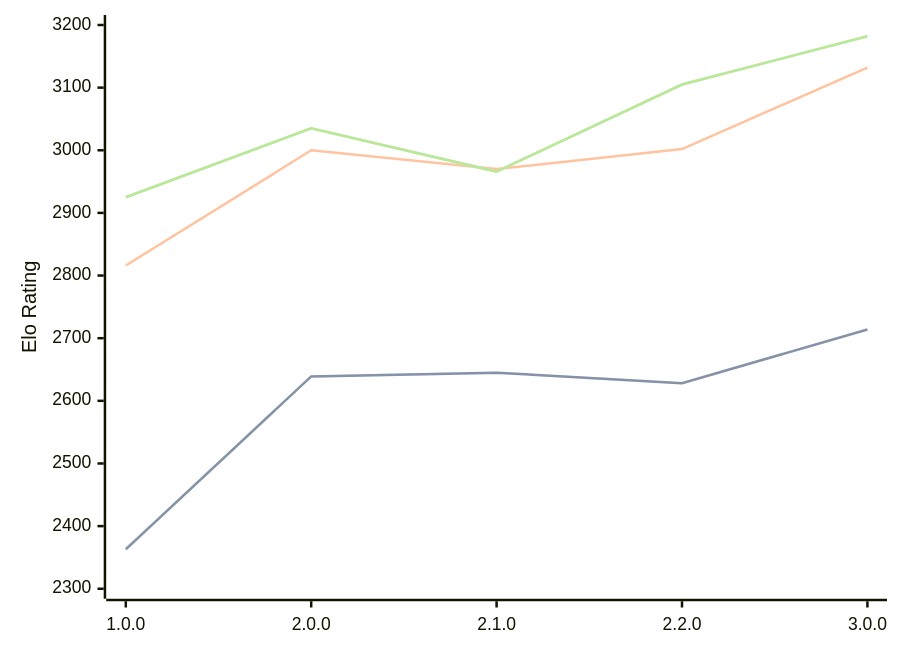
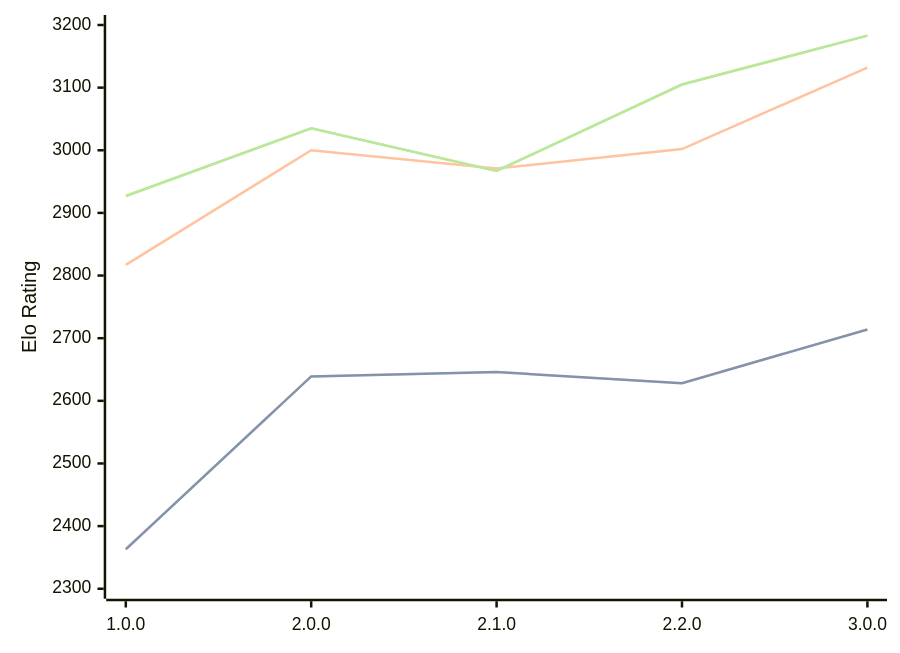
One commit to computer-chess-index/cci changed the diagram in engines/Catalyst.md. Above: the diagram before and after it, drawn with Mermaid. The commit also changed other lines of this file, not shown here.

Commit message:
Update CCI Ratings (ELO VLTC) - 2026-05-15

````diff
--- a/engines/Catalyst.md
+++ b/engines/Catalyst.md
@@ -35,11 +35,11 @@
 ```mermaid
 %%{init: {"theme":"base","themeVariables":{"seriesColors:['#a3a3a3','#222221','#faa371']}}}%%
 xychart-beta
   x-axis ["1.0.0", "2.0.0", "2.1.0", "2.2.0", "3.0.0"]
   y-axis "Elo Rating" 2300 --> 3200
-  line "STC (8.0+0.08s)" [2363, 2639, 2645, 2628, 2714]
-  line "STC (8.0+0.08s)" [2363, 2639, 2645, 2628, 2714]
-  line "LTC (60.0+0.60s)" [2816, 3000, 2970, 3002, 3132]
-  line "VLTC (2m24s+1.12s)" [2925, 3035, 2966, 3105, 3182]
-  line "VLTC (2m24s+1.12s)" [2925, 3035, 2966, 3105, 3182]
+  line "STC (8.0+0.08s)" [2363, 2639, 2646, 2628, 2714]
+  line "STC (8.0+0.08s)" [2363, 2639, 2646, 2628, 2714]
+  line "LTC (60.0+0.60s)" [2817, 3000, 2971, 3002, 3132]
+  line "VLTC (2m24s+1.12s)" [2927, 3035, 2967, 3105, 3183]
+  line "VLTC (2m24s+1.12s)" [2927, 3035, 2967, 3105, 3183]
 ```
````
